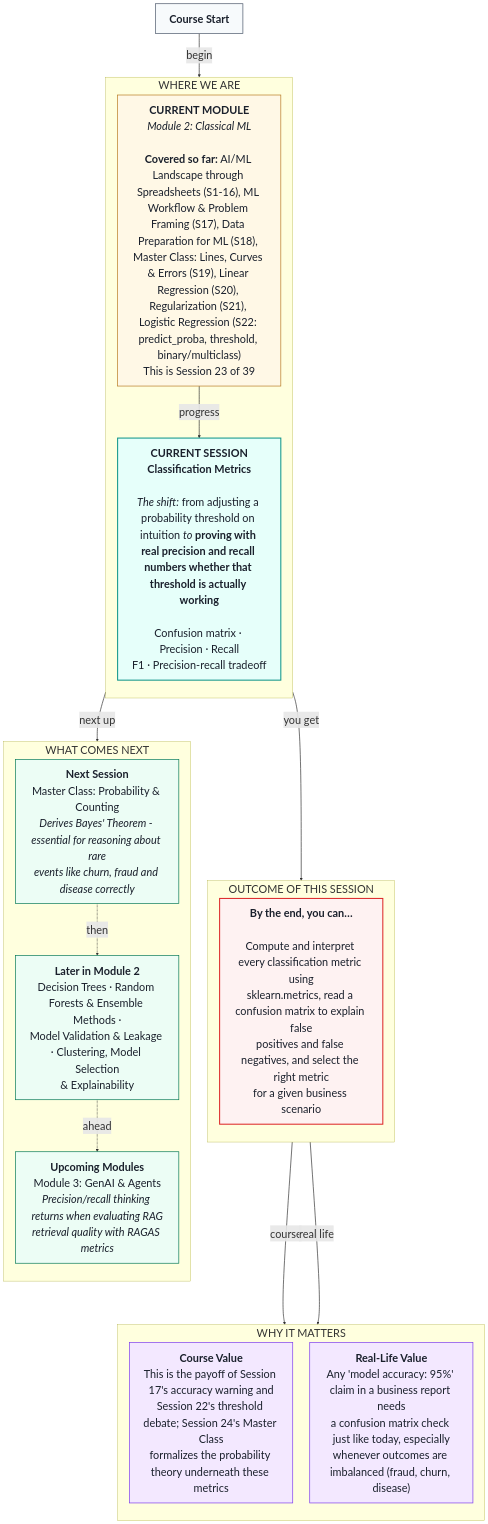
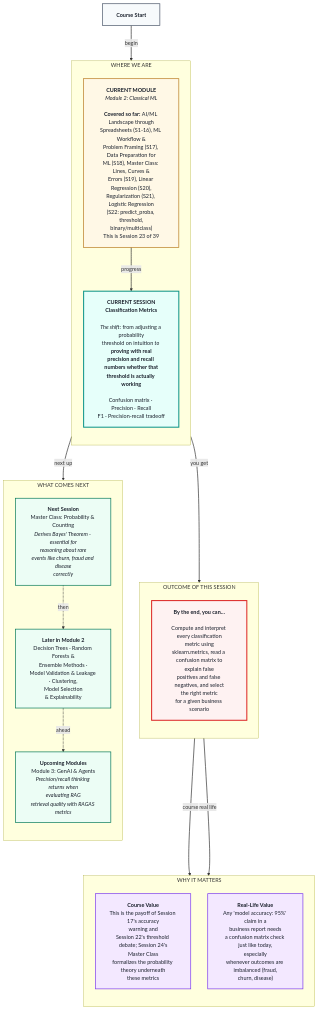
The diagram in IITP_AIML_Regional/IITR-AIML-TA-I-2606 & IITP-AIML-TA-II-2607/Module-2/Academic session 23 -Classification Metrics/pre-read - Session 23 - Classification Metrics.md (ritzrmx/Masai_Curriculum), drawn with Mermaid before and after one commit. The commit also changed other lines of this file and 15 other files, not shown here.

Commit message:
Add Session 28 (12.2) materials: Clustering, Model Selection & Explainability

````diff
--- a/IITP_AIML_Regional/IITR-AIML-TA-I-2606 & IITP-AIML-TA-II-2607/Module-2/Academic session 23 -Classification Metrics/pre-read - Session 23 - Classification Metrics.md
+++ b/IITP_AIML_Regional/IITR-AIML-TA-I-2606 & IITP-AIML-TA-II-2607/Module-2/Academic session 23 -Classification Metrics/pre-read - Session 23 - Classification Metrics.md
@@ -7,55 +5,55 @@
 ```mermaid
-%%{init: {'themeVariables': {'fontSize': '32px', 'fontFamily': 'sans-serif'}, 'flowchart': {'htmlLabels': true, 'nodeSpacing': 50, 'rankSpacing': 80, 'wrappingWidth': 400, 'padding': 20}}}%%
+%%{init: {'flowchart': {'htmlLabels': true, 'nodeSpacing': 50, 'rankSpacing': 80, 'padding': 20}}}%%
 flowchart TB
 
 START["<b>Course Start</b>"]
 
 subgraph foundation[" WHERE WE ARE "]
 direction TB
-    CURMOD["<b>CURRENT MODULE</b><br/><i>Module 2: Classical ML</i><br/>&nbsp;<br/><b>Covered so far:</b> AI/ML Landscape through Spreadsheets (S1-16), ML Workflow &amp; Problem Framing (S17), Data Preparation for ML (S18), Master Class: Lines, Curves &amp; Errors (S19), Linear Regression (S20), Regularization (S21), Logistic Regression (S22: predict_proba, threshold, binary/multiclass)<br/>This is Session 23 of 39"]
-    CURSES["<b>CURRENT SESSION</b><br/><b>Classification Metrics</b><br/>&nbsp;<br/><i>The shift:</i> from adjusting a probability threshold on intuition <i>to</i> <b>proving with real precision and recall numbers whether that threshold is actually working</b><br/>&nbsp;<br/>Confusion matrix · Precision · Recall<br/>F1 · Precision-recall tradeoff"]
+    CURMOD["<b>CURRENT MODULE</b><br/><i>Module 2: Classical ML</i><br/>&nbsp;<br/><b>Covered so far:</b> AI/ML Landscape through<br/>Spreadsheets (S1-16), ML Workflow &amp;<br/>Problem Framing (S17), Data Preparation for<br/>ML (S18), Master Class: Lines, Curves &amp;<br/>Errors (S19), Linear Regression (S20),<br/>Regularization (S21), Logistic Regression<br/>(S22: predict_proba, threshold,<br/>binary/multiclass)<br/>This is Session 23 of 39"]
+    CURSES["<b>CURRENT SESSION</b><br/><b>Classification Metrics</b><br/>&nbsp;<br/><i>The shift:</i> from adjusting a probability<br/>threshold on intuition <i>to</i> <b>proving with real<br/>precision and recall numbers whether that<br/>threshold is actually working</b><br/>&nbsp;<br/>Confusion matrix · Precision · Recall<br/>F1 · Precision-recall tradeoff"]
 end
 
 subgraph outcome[" OUTCOME OF THIS SESSION "]
 direction TB
-    OUT["<b>By the end, you can…</b><br/>&nbsp;<br/>Compute and interpret every classification metric using<br/>sklearn.metrics, read a confusion matrix to explain false<br/>positives and false negatives, and select the right metric<br/>for a given business scenario"]
+    OUT["<b>By the end, you can…</b><br/>&nbsp;<br/>Compute and interpret every classification<br/>metric using<br/>sklearn.metrics, read a confusion matrix to<br/>explain false<br/>positives and false negatives, and select<br/>the right metric<br/>for a given business scenario"]
 end
 
 subgraph value[" WHY IT MATTERS "]
 direction TB
-    CVAL["<b>Course Value</b><br/>This is the payoff of Session 17's accuracy warning and<br/>Session 22's threshold debate; Session 24's Master Class<br/>formalizes the probability theory underneath these metrics"]
-    RVAL["<b>Real-Life Value</b><br/>Any 'model accuracy: 95%' claim in a business report needs<br/>a confusion matrix check just like today, especially<br/>whenever outcomes are imbalanced (fraud, churn, disease)"]
+    CVAL["<b>Course Value</b><br/>This is the payoff of Session 17's accuracy<br/>warning and<br/>Session 22's threshold debate; Session 24's<br/>Master Class<br/>formalizes the probability theory underneath<br/>these metrics"]
+    RVAL["<b>Real-Life Value</b><br/>Any 'model accuracy: 95%' claim in a<br/>business report needs<br/>a confusion matrix check just like today,<br/>especially<br/>whenever outcomes are imbalanced (fraud,<br/>churn, disease)"]
 end
 
 subgraph future[" WHAT COMES NEXT "]
 direction TB
-    U0["<b>Next Session</b><br/>Master Class: Probability &amp; Counting<br/><i>Derives Bayes' Theorem - essential for reasoning about rare<br/>events like churn, fraud and disease correctly</i>"]
-    U1["<b>Later in Module 2</b><br/>Decision Trees · Random Forests &amp; Ensemble Methods ·<br/>Model Validation &amp; Leakage · Clustering, Model Selection<br/>&amp; Explainability"]
-    U2["<b>Upcoming Modules</b><br/>Module 3: GenAI &amp; Agents<br/><i>Precision/recall thinking returns when evaluating RAG<br/>retrieval quality with RAGAS metrics</i>"]
+    U0["<b>Next Session</b><br/>Master Class: Probability &amp; Counting<br/><i>Derives Bayes' Theorem - essential for<br/>reasoning about rare<br/>events like churn, fraud and disease<br/>correctly</i>"]
+    U1["<b>Later in Module 2</b><br/>Decision Trees · Random Forests &amp;<br/>Ensemble Methods ·<br/>Model Validation &amp; Leakage · Clustering,<br/>Model Selection<br/>&amp; Explainability"]
+    U2["<b>Upcoming Modules</b><br/>Module 3: GenAI &amp; Agents<br/><i>Precision/recall thinking returns when<br/>evaluating RAG<br/>retrieval quality with RAGAS metrics</i>"]
 end
 
 START ==>|" begin "| CURMOD
 CURMOD ==>|" progress "| CURSES
 CURSES ==>|" you get "| OUT
 OUT ==>|" course "| CVAL
 OUT ==>|" real life "| RVAL
 CURSES ==>|" next up "| U0
 U0 -.->|" then "| U1
 U1 -.->|" ahead "| U2
 
 classDef startBox fill:#F7FAFC,stroke:#4A5568,stroke-width:2px,color:#1A202C
 classDef curModBox fill:#FFF8E6,stroke:#B7791F,stroke-width:2px,color:#1A202C
 classDef curSessBox fill:#E6FFFA,stroke:#0D9488,stroke-width:3px,color:#1A202C
 classDef outBox fill:#FEF2F2,stroke:#DC2626,stroke-width:3px,color:#1A202C
 classDef valueBox fill:#F3E8FF,stroke:#7C3AED,stroke-width:2px,color:#1A202C
 classDef futureBox fill:#ECFDF5,stroke:#047857,stroke-width:2px,color:#1A202C
 
 class START startBox
 class CURMOD curModBox
 class CURSES curSessBox
 class OUT outBox
 class CVAL,RVAL valueBox
 class U0,U1,U2 futureBox
 
 linkStyle default stroke-width:2px
 ```
````
